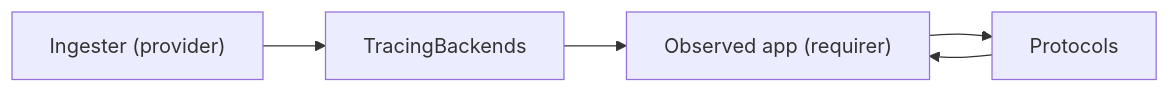
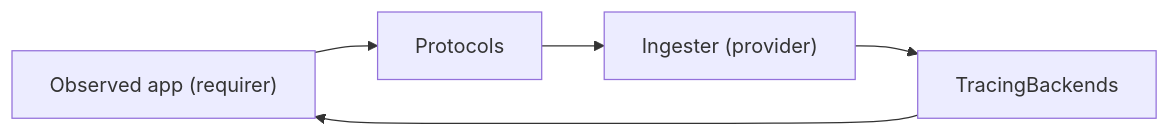
One commit to canonical/charm-relation-interfaces changed the diagram in interfaces/tracing/v2/README.md. Above: the diagram before and after it, drawn with Mermaid.

Commit message:
requirer->provider

````diff
--- a/interfaces/tracing/v2/README.md
+++ b/interfaces/tracing/v2/README.md
@@ -16,5 +16,5 @@
 ```mermaid
 graph LR
-    Requirer["Observed app (requirer)"]  --> Protocols --> Requirer["Ingester (provider)"]
+    Requirer["Observed app (requirer)"]  --> Protocols --> Provider["Ingester (provider)"]
     Provider["Ingester (provider)"]  --> TracingBackends --> Requirer["Observed app (requirer)"]
 ```
````
